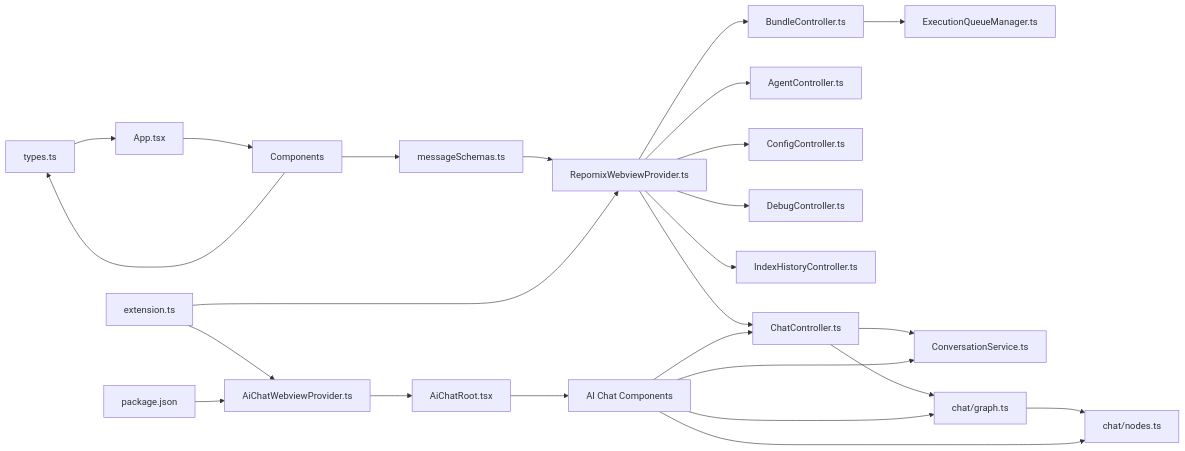
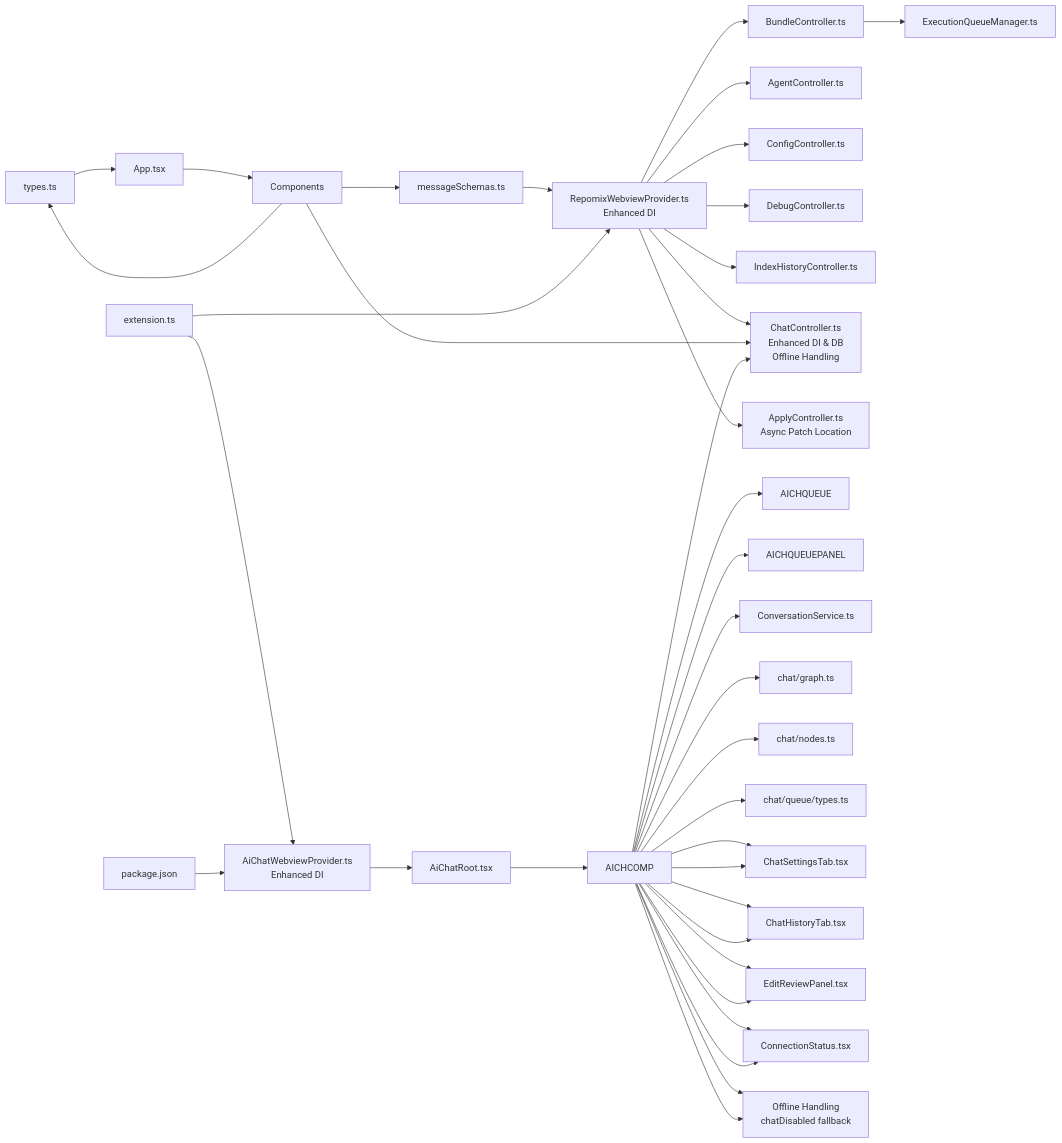
Diagram 18 of 18 in .qoder/repowiki/en/content/Webview Interface/Webview Interface.md (bramburn/repomix-runner), drawn with Mermaid before and after one commit. The commit also changed other lines of this file and 27 other files, not shown here.

````diff
--- a/.qoder/repowiki/en/content/Webview Interface/Webview Interface.md
+++ b/.qoder/repowiki/en/content/Webview Interface/Webview Interface.md
@@ -680,27 +1676,39 @@
 ```mermaid
 graph LR
 TYPES["types.ts"] --> APP["App.tsx"]
-MS["messageSchemas.ts"] --> RPV["RepomixWebviewProvider.ts"]
+MS["messageSchemas.ts"] --> RPV["RepomixWebviewProvider.ts<br/>Enhanced DI"]
 RPV --> BCTRL["BundleController.ts"]
 RPV --> ACTRL["AgentController.ts"]
 RPV --> CCTRL["ConfigController.ts"]
 RPV --> DCTRL["DebugController.ts"]
 RPV --> IHCTRL["IndexHistoryController.ts"]
-RPV --> CHCTRL["ChatController.ts"]
+RPV --> CHCTRL["ChatController.ts<br/>Enhanced DI & DB<br/>Offline Handling"]
+RPV --> APCTRL["ApplyController.ts<br/>Async Patch Location"]
 BCTRL --> EQM["ExecutionQueueManager.ts"]
 APP --> COMP["Components"]
 COMP --> TYPES
 COMP --> MS
-CHCTRL --> CONV["ConversationService.ts"]
-CHCTRL --> CHATGRAPH["chat/graph.ts"]
-CHATGRAPH --> CHATNODES["chat/nodes.ts"]
+COMP --> CHCTRL
+AICHCOMP --> AICHQUEUE
+AICHCOMP --> AICHQUEUEPANEL
+AICHCOMP --> CHCTRL
+AICHCOMP --> CONV["ConversationService.ts"]
+AICHCOMP --> CHATGRAPH["chat/graph.ts"]
+AICHCOMP --> CHATNODES["chat/nodes.ts"]
+AICHCOMP --> QUEUETYPES["chat/queue/types.ts"]
+AICHCOMP --> SETTINGSCOMP["ChatSettingsTab.tsx"]
+AICHCOMP --> HISTORYCOMP["ChatHistoryTab.tsx"]
+AICHCOMP --> REVIEWCOMP["EditReviewPanel.tsx"]
+AICHCOMP --> CONNCOMP["ConnectionStatus.tsx"]
+AICHCOMP --> OFFLINECOMP["Offline Handling<br/>chatDisabled fallback"]
 EXT["extension.ts"] --> RPV
-EXT --> AICHPROV["AiChatWebviewProvider.ts"]
+EXT --> AICHPROV["AiChatWebviewProvider.ts<br/>Enhanced DI"]
 AICHPROV --> AICHROOT["AiChatRoot.tsx"]
-AICHROOT --> AICHCOMP["AI Chat Components"]
-AICHCOMP --> CHCTRL
-AICHCOMP --> CONV
-AICHCOMP --> CHATGRAPH
-AICHCOMP --> CHATNODES
+AICHROOT --> AICHCOMP
+AICHCOMP --> SETTINGSCOMP
+AICHCOMP --> HISTORYCOMP
+AICHCOMP --> REVIEWCOMP
+AICHCOMP --> CONNCOMP
+AICHCOMP --> OFFLINECOMP
 PKG["package.json"] --> AICHPROV
 ```
````
